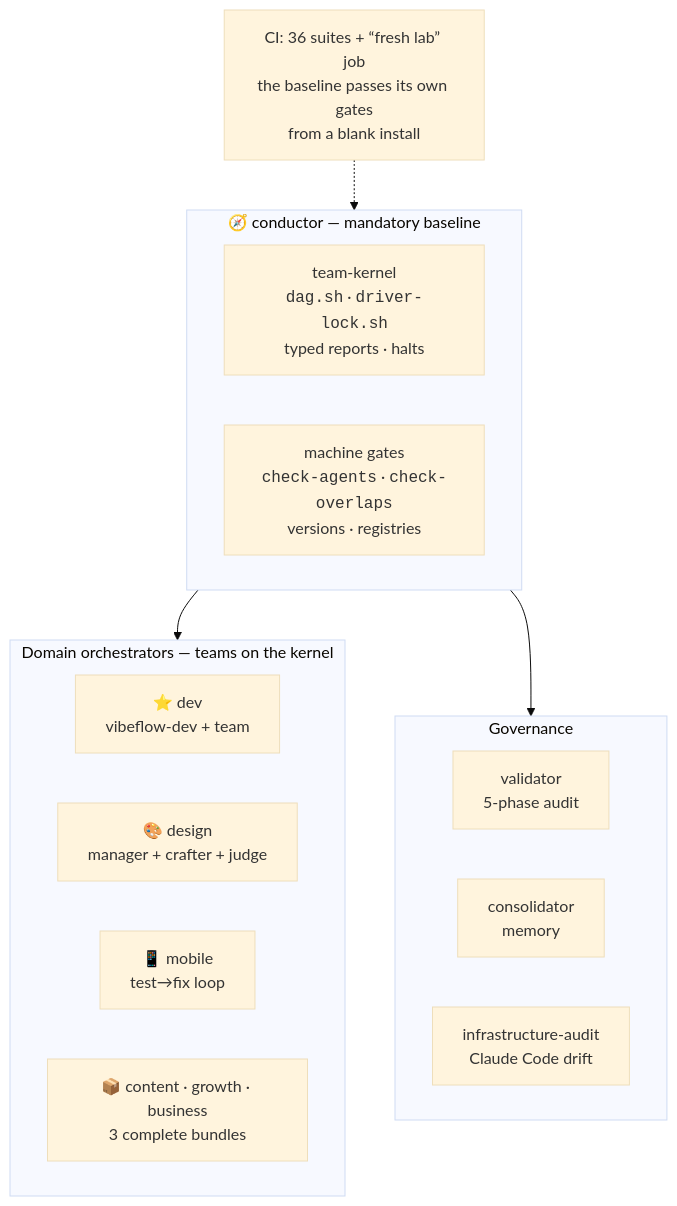
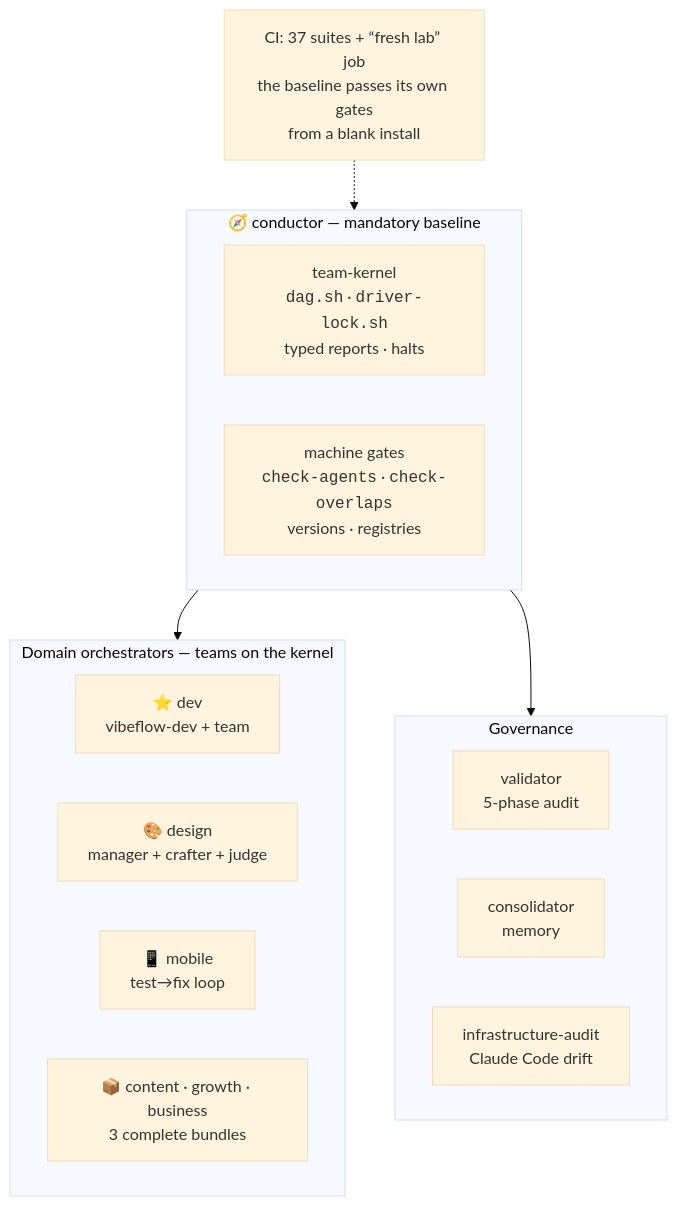
The third of 3 diagrams in README.md (picmakpro/vibeflow-os), drawn with Mermaid (base theme) before and after one commit. The commit also changed other lines of this file and 16 other files, not shown here.

````diff
--- a/README.md
+++ b/README.md
@@ -112,21 +112,21 @@
 ```mermaid
 flowchart TD
     subgraph socle["🧭 conductor — mandatory baseline"]
         K["team-kernel<br/><code>dag.sh</code> · <code>driver-lock.sh</code><br/>typed reports · halts"]
         G["machine gates<br/><code>check-agents</code> · <code>check-overlaps</code><br/>versions · registries"]
     end
     subgraph orch["Domain orchestrators — teams on the kernel"]
         DEV["⭐ dev<br/>vibeflow-dev + team"]
         DES["🎨 design<br/>manager + crafter + judge"]
         MOB["📱 mobile<br/>test→fix loop"]
         BIZ["📦 content · growth · business<br/>3 complete bundles"]
     end
     subgraph gouv["Governance"]
         V["validator<br/>5-phase audit"]
         CO["consolidator<br/>memory"]
         IA["infrastructure-audit<br/>Claude Code drift"]
     end
     socle --> orch
     socle --> gouv
-    CI["CI: 36 suites + “fresh lab” job<br/>the baseline passes its own gates<br/>from a blank install"] -.-> socle
+    CI["CI: 37 suites + “fresh lab” job<br/>the baseline passes its own gates<br/>from a blank install"] -.-> socle
 ```
````
